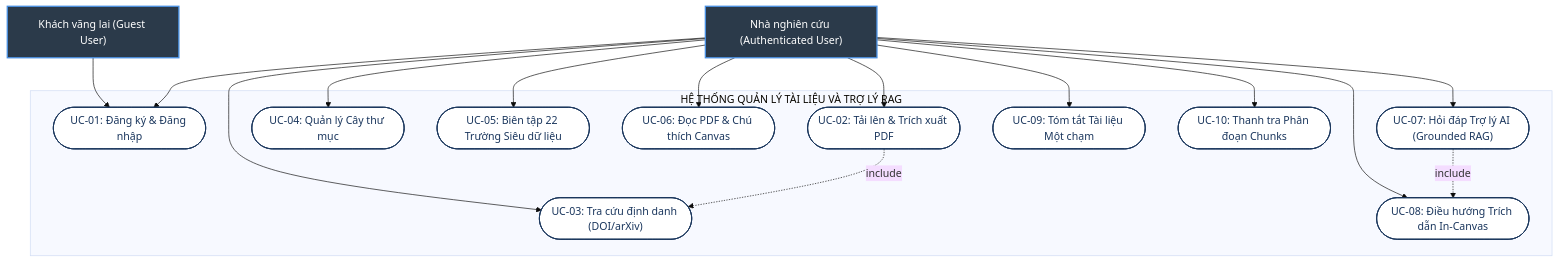
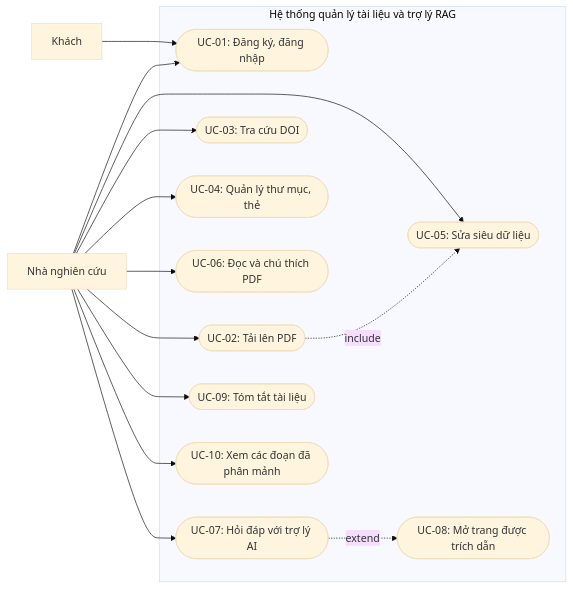
The first of 11 diagrams in DU_AN_CNTT_TOAN_VAN.md (Scrowbin/science-document-viewer), drawn with Mermaid (base theme) before and after one commit. The commit also changed other lines of this file and 23 other files, not shown here.

````diff
--- a/DU_AN_CNTT_TOAN_VAN.md
+++ b/DU_AN_CNTT_TOAN_VAN.md
@@ -743,36 +691,22 @@
 ```mermaid
-graph TD
-    classDef actorStyle fill:#2b3a4a,stroke:#4a90e2,stroke-width:2px,color:#ffffff;
-    classDef ucStyle fill:#ffffff,stroke:#1a365d,stroke-width:1.5px,color:#1a365d;
-
-    Guest["Khách vãng lai (Guest User)"]:::actorStyle
-    User["Nhà nghiên cứu (Authenticated User)"]:::actorStyle
-
-    subgraph "HỆ THỐNG QUẢN LÝ TÀI LIỆU VÀ TRỢ LÝ RAG"
-        UC01(["UC-01: Đăng ký & Đăng nhập"]):::ucStyle
-        UC02(["UC-02: Tải lên & Trích xuất PDF"]):::ucStyle
-        UC03(["UC-03: Tra cứu định danh (DOI/arXiv)"]):::ucStyle
-        UC04(["UC-04: Quản lý Cây thư mục"]):::ucStyle
-        UC05(["UC-05: Biên tập 22 Trường Siêu dữ liệu"]):::ucStyle
-        UC06(["UC-06: Đọc PDF & Chú thích Canvas"]):::ucStyle
-        UC07(["UC-07: Hỏi đáp Trợ lý AI (Grounded RAG)"]):::ucStyle
-        UC08(["UC-08: Điều hướng Trích dẫn In-Canvas"]):::ucStyle
-        UC09(["UC-09: Tóm tắt Tài liệu Một chạm"]):::ucStyle
-        UC10(["UC-10: Thanh tra Phân đoạn Chunks"]):::ucStyle
+graph LR
+    Guest["Khách"]
+    User["Nhà nghiên cứu"]
+    subgraph SYS["Hệ thống quản lý tài liệu và trợ lý RAG"]
+        UC01(["UC-01: Đăng ký, đăng nhập"])
+        UC02(["UC-02: Tải lên PDF"])
+        UC03(["UC-03: Tra cứu DOI"])
+        UC04(["UC-04: Quản lý thư mục, thẻ"])
+        UC05(["UC-05: Sửa siêu dữ liệu"])
+        UC06(["UC-06: Đọc và chú thích PDF"])
+        UC07(["UC-07: Hỏi đáp với trợ lý AI"])
+        UC08(["UC-08: Mở trang được trích dẫn"])
+        UC09(["UC-09: Tóm tắt tài liệu"])
+        UC10(["UC-10: Xem các đoạn đã phân mảnh"])
     end
-
     Guest --> UC01
-    User --> UC01
-    User --> UC02
-    User --> UC03
-    User --> UC04
-    User --> UC05
-    User --> UC06
-    User --> UC07
-    User --> UC08
-    User --> UC09
-    User --> UC10
-
-    UC02 -.->|include| UC03
-    UC07 -.->|include| UC08
+    User --> UC01 & UC02 & UC03 & UC04 & UC05
+    User --> UC06 & UC07 & UC09 & UC10
+    UC02 -.->|include| UC05
+    UC07 -.->|extend| UC08
 ```
````
